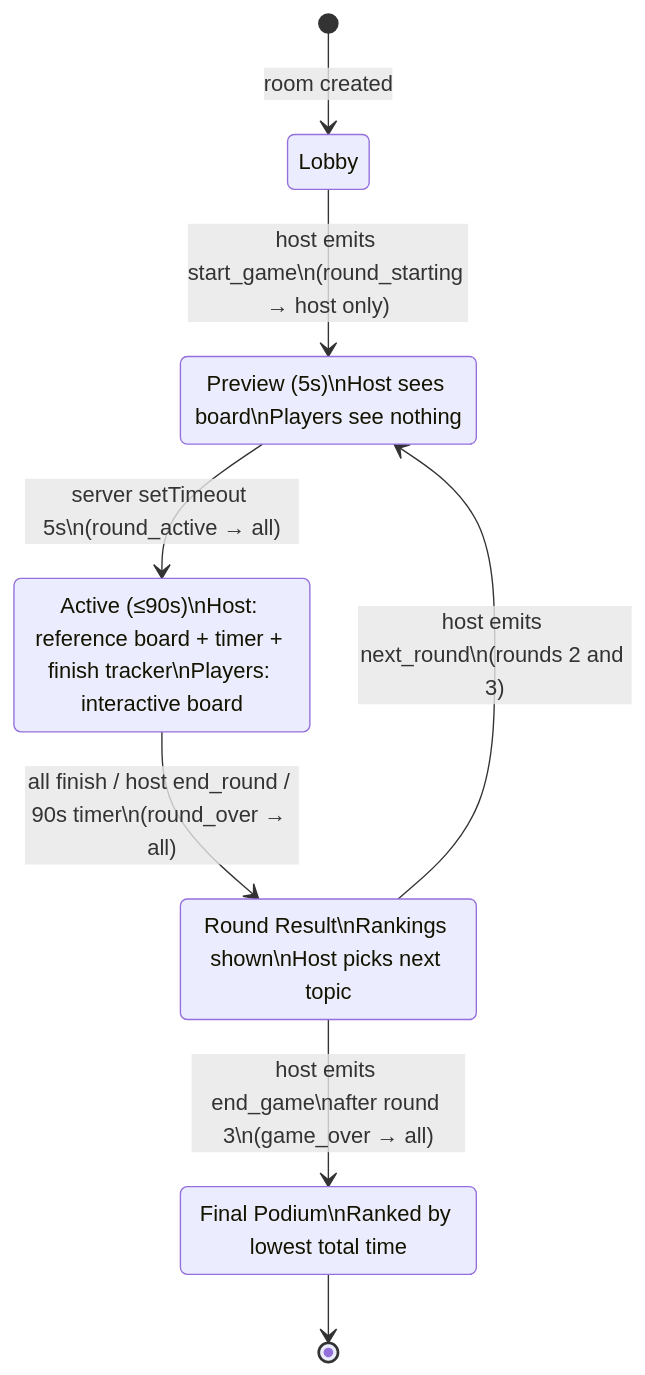
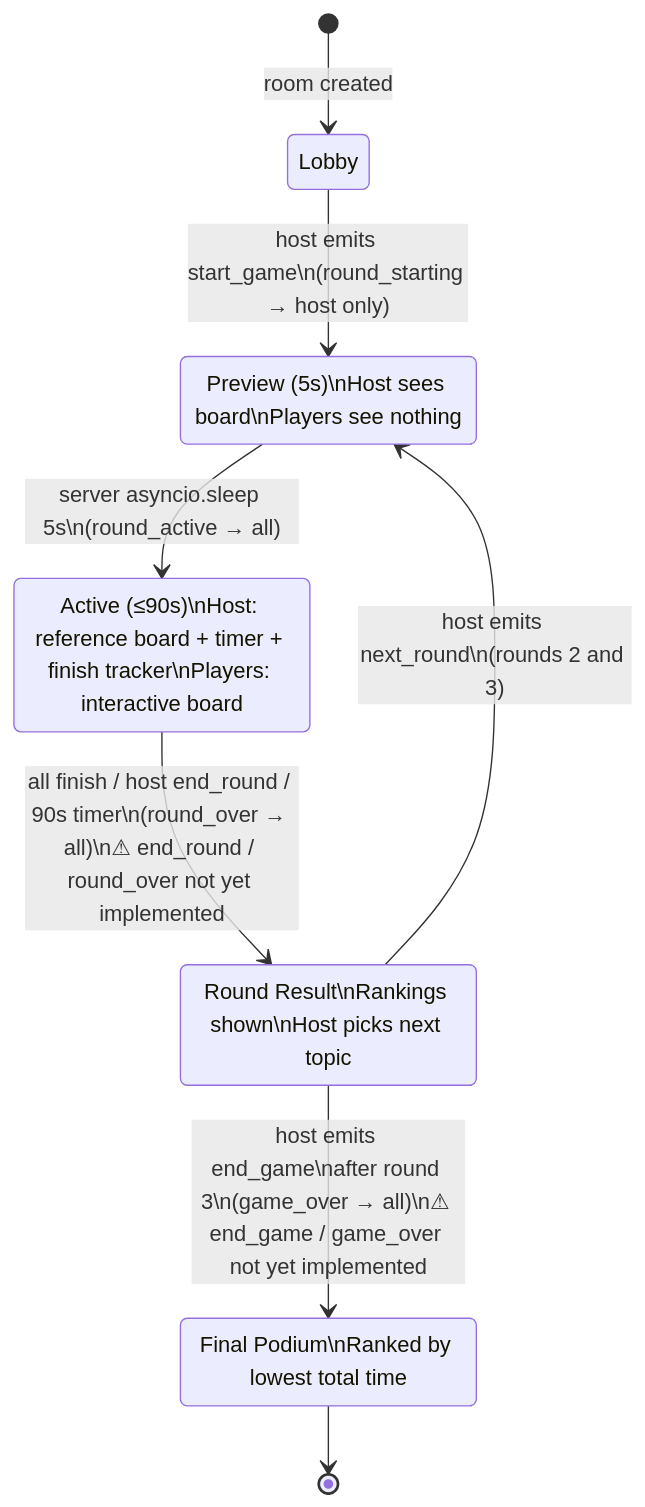
One commit to lzam0/Multiplayer-Puzzle-Game changed the first of 4 diagrams in docs/diagrams/game-flow.md. Above: the diagram before and after it, drawn with Mermaid. The commit also changed other lines of this file and 10 other files, not shown here.

````diff
--- a/docs/diagrams/game-flow.md
+++ b/docs/diagrams/game-flow.md
@@ -5,16 +5,16 @@
 ```mermaid
 stateDiagram-v2
     [*] --> Lobby: room created
 
     Lobby --> Preview: host emits start_game\n(round_starting → host only)
-    Preview --> Active: server setTimeout 5s\n(round_active → all)
-    Active --> RoundResult: all finish / host end_round / 90s timer\n(round_over → all)
+    Preview --> Active: server asyncio.sleep 5s\n(round_active → all)
+    Active --> RoundResult: all finish / host end_round / 90s timer\n(round_over → all)\n⚠ end_round / round_over not yet implemented
     RoundResult --> Preview: host emits next_round\n(rounds 2 and 3)
-    RoundResult --> Podium: host emits end_game\nafter round 3\n(game_over → all)
+    RoundResult --> Podium: host emits end_game\nafter round 3\n(game_over → all)\n⚠ end_game / game_over not yet implemented
     Podium --> [*]
 
     Preview: Preview (5s)\nHost sees board\nPlayers see nothing
     Active: Active (≤90s)\nHost: reference board + timer + finish tracker\nPlayers: interactive board
     RoundResult: Round Result\nRankings shown\nHost picks next topic
     Podium: Final Podium\nRanked by lowest total time
 ```
````
